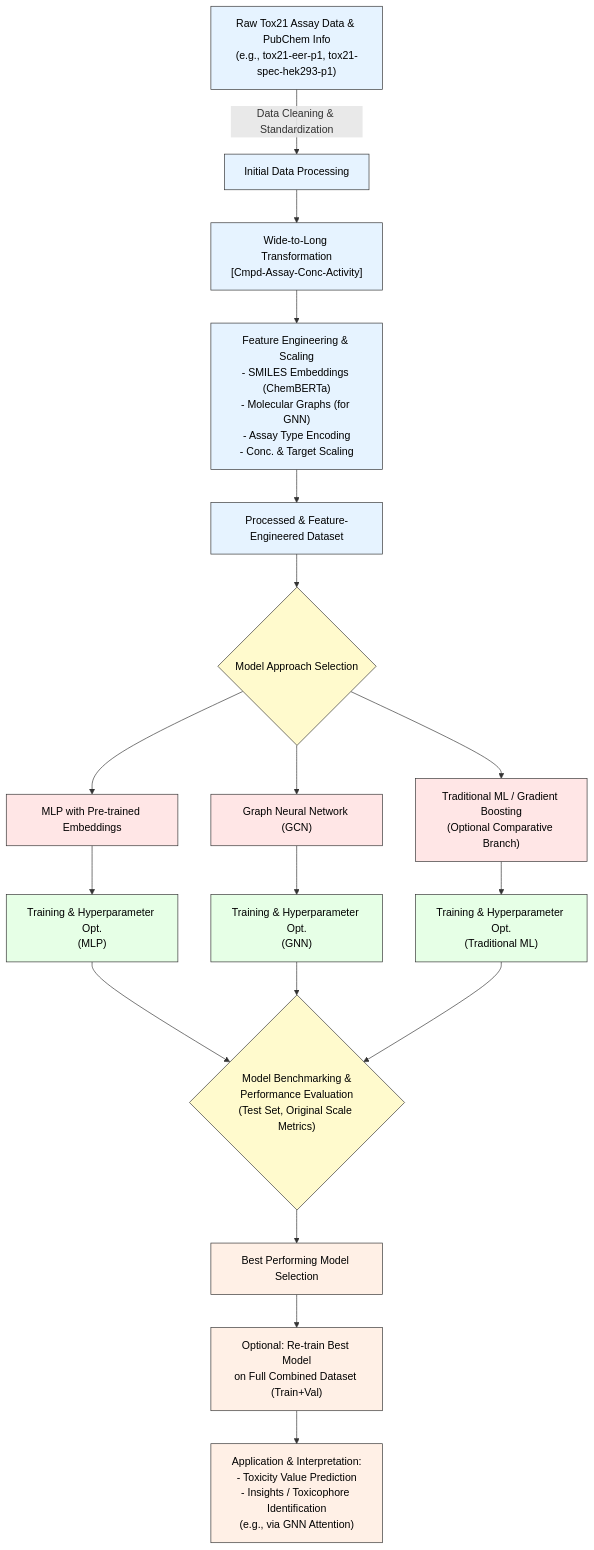
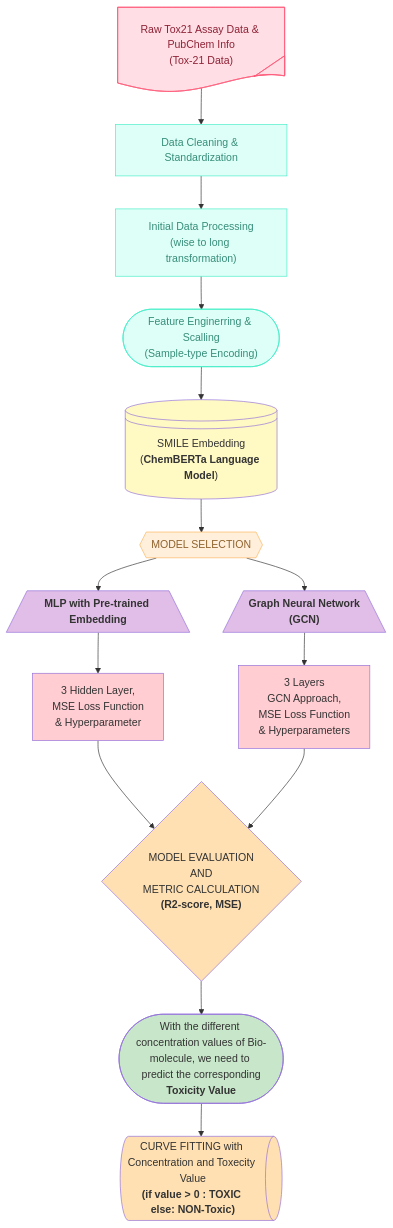
Before and after one commit to RitwikGanguly/Tox21_Toxecity_Prediction: the first of 2 diagrams in README.md, drawn with Mermaid.

````diff
--- a/README.md
+++ b/README.md
@@ -125,39 +125,42 @@
 ```mermaid
 flowchart TD
-    A["Raw Tox21 Assay Data & PubChem Info\n(e.g., tox21-eer-p1, tox21-spec-hek293-p1)"] -->|Data Cleaning & Standardization| B["Initial Data Processing"]
-    B --> C["Wide-to-Long Transformation\n[Cmpd-Assay-Conc-Activity]"]
-    C --> D["Feature Engineering & Scaling\n- SMILES Embeddings (ChemBERTa)\n- Molecular Graphs (for GNN)\n- Assay Type Encoding\n- Conc. & Target Scaling"]
-    D --> E_DataPrep["Processed & Feature-Engineered Dataset"]
-
-    E_DataPrep --> F_ModelSelection{"Model Approach Selection"}
-
-    F_ModelSelection --> G_MLP["MLP with Pre-trained Embeddings"]
-    F_ModelSelection --> H_GNN["Graph Neural Network (GCN)"]
-    F_ModelSelection --> I_Traditional["Traditional ML / Gradient Boosting\n(Optional Comparative Branch)"]
-
-    G_MLP --> J_MLP_Train["Training & Hyperparameter Opt.\n(MLP)"]
-    H_GNN --> K_GNN_Train["Training & Hyperparameter Opt.\n(GNN)"]
-    I_Traditional --> L_Traditional_Train["Training & Hyperparameter Opt.\n(Traditional ML)"]
-
-    J_MLP_Train --> M_Benchmarking{"Model Benchmarking &\nPerformance Evaluation\n(Test Set, Original Scale Metrics)"}
-    K_GNN_Train --> M_Benchmarking
-    L_Traditional_Train --> M_Benchmarking
-
-    M_Benchmarking --> N_BestModel["Best Performing Model Selection"]
-    N_BestModel --> O_FinalTrain["Optional: Re-train Best Model\non Full Combined Dataset (Train+Val)"]
-    O_FinalTrain --> P_Application["Application & Interpretation:\n- Toxicity Value Prediction\n- Insights / Toxicophore Identification\n(e.g., via GNN Attention)"]
-
-    classDef data fill:#e6f3ff,stroke:#333,stroke-width:1px,color:#000
-    classDef model_arch fill:#ffe6e6,stroke:#333,stroke-width:1px,color:#000
-    classDef train_eval fill:#e6ffe6,stroke:#333,stroke-width:1px,color:#000
-    classDef post_analysis fill:#fff0e6,stroke:#333,stroke-width:1px,color:#000
-    classDef decision fill:#fffacd,stroke:#333,stroke-width:1px,color:#000
-
-    class A,B,C,D,E_DataPrep data
-    class G_MLP,H_GNN,I_Traditional model_arch
-    class J_MLP_Train,K_GNN_Train,L_Traditional_Train train_eval
-    class N_BestModel,O_FinalTrain,P_Application post_analysis
-    class F_ModelSelection,M_Benchmarking decision
+    A["Raw Tox21 Assay Data &amp; PubChem Info<br>(Tox-21 Data)"] --> n1["Data Cleaning &amp; Standardization"]
+    n1 --> n2["Initial Data Processing<br>(wise to long transformation)"]
+    n2 --> n3(["Feature Enginerring &amp; Scalling<br>(Sample-type Encoding)"])
+    n3 --> n4["SMILE Embedding<br>(<b>ChemBERTa Language Model</b>)"]
+    n4 --> n5["MODEL SELECTION"]
+    n5 --> n6["<b>MLP with Pre-trained Embedding</b>"] & n7["<b>Graph Neural Network<br>(GCN)</b>"]
+    n6 --> n8["3 Hidden Layer, <br>MSE Loss Function<br>&amp; Hyperparameter"]
+    n7 --> n9["3 Layers<br>GCN Approach, <br>MSE Loss Function<br>&amp; Hyperparameters"]
+    n8 --> n10["MODEL EVALUATION<br>AND<br>METRIC CALCULATION<br><b>(R2-score, MSE)</b>"]
+    n9 --> n10
+    n10 --> n11(["With the different concentration values of Bio-molecule, we need to predict the corresponding<br><b>Toxicity Value</b>"])
+    n11 --> n13["CURVE FITTING with Concentration and Toxecity Value<br><b>(if value &gt; 0 : TOXIC <br>else: NON-Toxic)</b>"]
+    A@{ shape: tag-doc}
+    n4@{ shape: disk}
+    n5@{ shape: hex}
+    n6@{ shape: trap-b}
+    n7@{ shape: trap-b}
+    n10@{ shape: diam}
+    n13@{ shape: h-cyl}
+     A:::Rose
+     n1:::Aqua
+     n2:::Aqua
+     n3:::Aqua
+     n5:::Peach
+     n13:::Class_01
+    classDef Peach stroke-width:1px, stroke-dasharray:none, stroke:#FBB35A, fill:#FFEFDB, color:#8F632D
+    classDef Class_01 fill:#FF6D00
+    classDef Aqua stroke-width:1px, stroke-dasharray:none, stroke:#46EDC8, fill:#DEFFF8, color:#378E7A
+    classDef Rose stroke-width:1px, stroke-dasharray:none, stroke:#FF5978, fill:#FFDFE5, color:#8E2236
+    style n4 fill:#FFF9C4
+    style n6 fill:#E1BEE7
+    style n7 fill:#E1BEE7
+    style n8 fill:#FFCDD2
+    style n9 fill:#FFCDD2
+    style n10 fill:#FFE0B2
+    style n11 fill:#C8E6C9
+    style n13 fill:#FFE0B2
 
 
 ```
````
